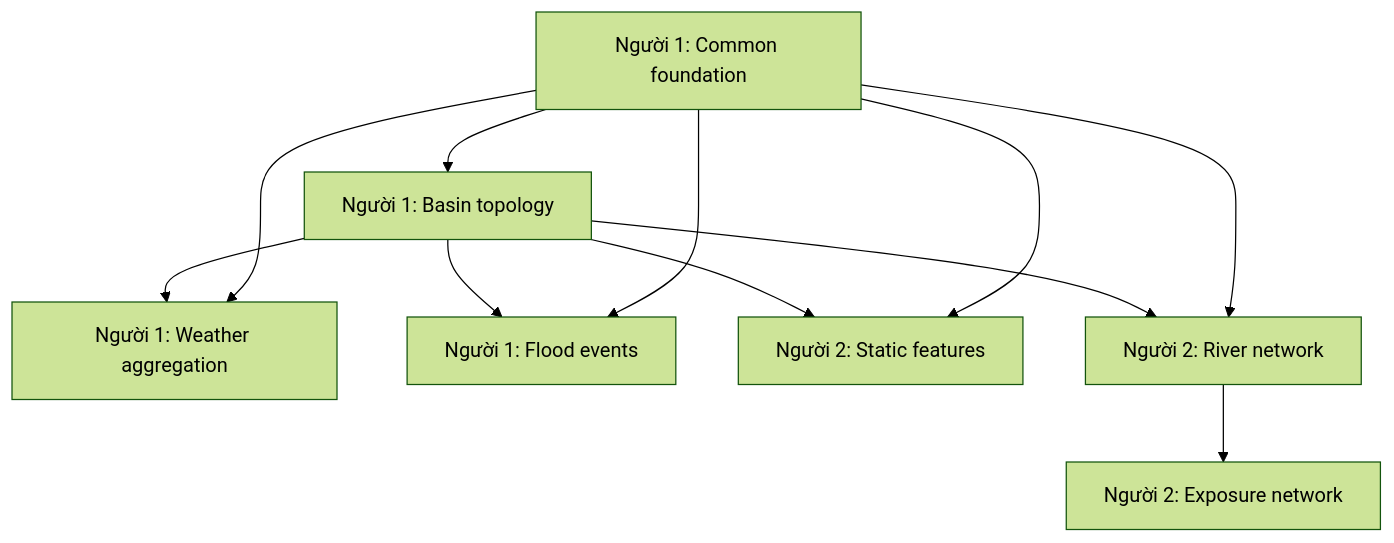
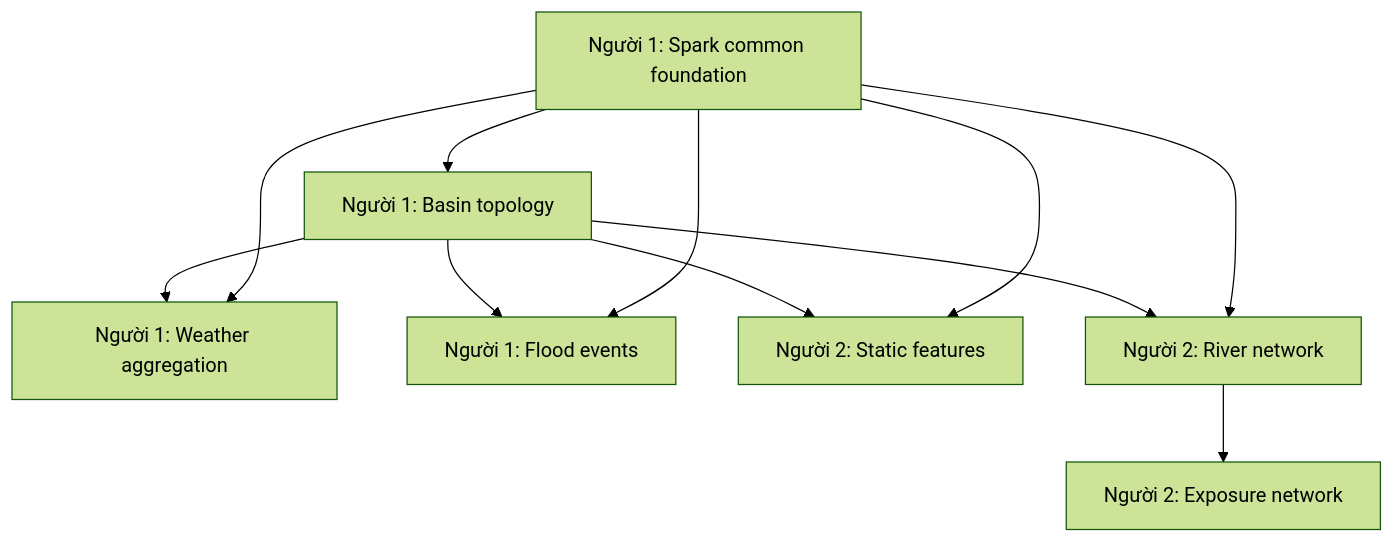
One commit to cloud-vmih/flood-lake-kg changed the diagram in docs/phan_cong_trien_khai_silver_2_nguoi.md. Above: the diagram before and after it, drawn with Mermaid (forest theme). The commit also changed other lines of this file and 463 other files, not shown here.

Commit message:
implement silver basin topology foundation

````diff
--- a/docs/phan_cong_trien_khai_silver_2_nguoi.md
+++ b/docs/phan_cong_trien_khai_silver_2_nguoi.md
@@ -25,13 +30,13 @@
 ```mermaid
 flowchart TB
-  C["Người 1: Common foundation"] --> B["Người 1: Basin topology"]
+  C["Người 1: Spark common foundation"] --> B["Người 1: Basin topology"]
   B --> W["Người 1: Weather aggregation"]
   B --> E["Người 1: Flood events"]
   B --> S["Người 2: Static features"]
   B --> R["Người 2: River network"]
   R --> X["Người 2: Exposure network"]
   C --> S
   C --> R
   C --> W
   C --> E
 ```
````
